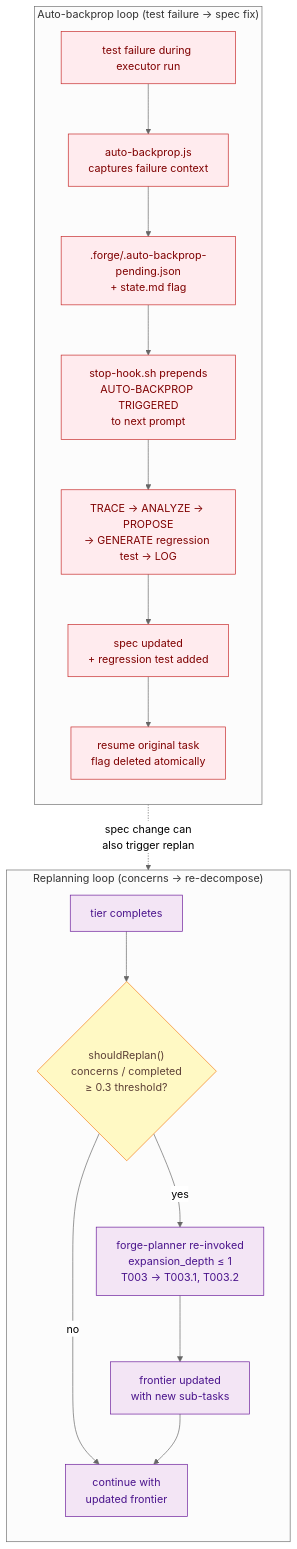
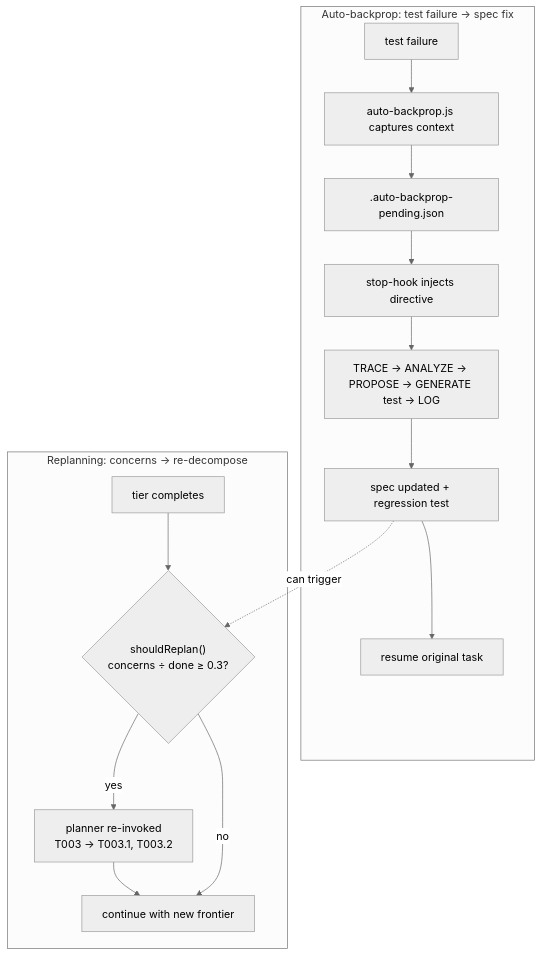
One commit to LucasDuys/forge changed the fourth of 6 diagrams in README.md. Above: the diagram before and after it, drawn with Mermaid (neutral theme). The commit also changed other lines of this file, not shown here.

````diff
--- a/README.md
+++ b/README.md
@@ -215,38 +282,18 @@
 ```mermaid
 flowchart TB
-    subgraph Auto["Auto-backprop loop (test failure → spec fix)"]
-        direction TB
-        Fail[test failure during executor run]
-        Hook["auto-backprop.js<br/>captures failure context"]
-        Flag[".forge/.auto-backprop-pending.json<br/>+ state.md flag"]
-        Inject["stop-hook.sh prepends<br/>AUTO-BACKPROP TRIGGERED<br/>to next prompt"]
-        BP5["TRACE → ANALYZE → PROPOSE<br/>→ GENERATE regression test → LOG"]
-        SpecUpd[spec updated<br/>+ regression test added]
-        Resume[resume original task<br/>flag deleted atomically]
-
-        Fail --> Hook --> Flag --> Inject --> BP5 --> SpecUpd --> Resume
+    subgraph Auto["Auto-backprop: test failure → spec fix"]
+        Fail[test failure] --> Hook[auto-backprop.js captures context]
+        Hook --> Flag[.auto-backprop-pending.json]
+        Flag --> Inject[stop-hook injects directive]
+        Inject --> BP5["TRACE → ANALYZE → PROPOSE → GENERATE test → LOG"]
+        BP5 --> SpecUpd[spec updated + regression test]
+        SpecUpd --> Resume[resume original task]
     end
-
-    subgraph Replan["Replanning loop (concerns → re-decompose)"]
-        direction TB
-        Tier[tier completes]
-        Check{"shouldReplan()<br/>concerns / completed<br/>≥ 0.3 threshold?"}
-        Redec["forge-planner re-invoked<br/>expansion_depth ≤ 1<br/>T003 → T003.1, T003.2"]
-        FrontUpd["frontier updated<br/>with new sub-tasks"]
-        Continue[continue with<br/>updated frontier]
-
-        Tier --> Check
+    subgraph Replan["Replanning: concerns → re-decompose"]
+        Tier[tier completes] --> Check{"shouldReplan()<br/>concerns ÷ done ≥ 0.3?"}
+        Check -->|yes| Redec["planner re-invoked<br/>T003 → T003.1, T003.2"]
+        Redec --> Continue[continue with new frontier]
         Check -->|no| Continue
-        Check -->|yes| Redec --> FrontUpd --> Continue
     end
-
-    SpecUpd -.->|spec change can<br/>also trigger replan| Check
-
-    classDef bp fill:#ffebee,stroke:#c62828,color:#7f0000
-    classDef plan fill:#f3e5f5,stroke:#6a1b9a,color:#4a148c
-    classDef gate fill:#fff9c4,stroke:#f57f17,color:#5d4037
-
-    class Fail,Hook,Flag,Inject,BP5,SpecUpd,Resume bp
-    class Tier,Redec,FrontUpd,Continue plan
-    class Check gate
+    SpecUpd -.->|can trigger| Check
 ```
````
